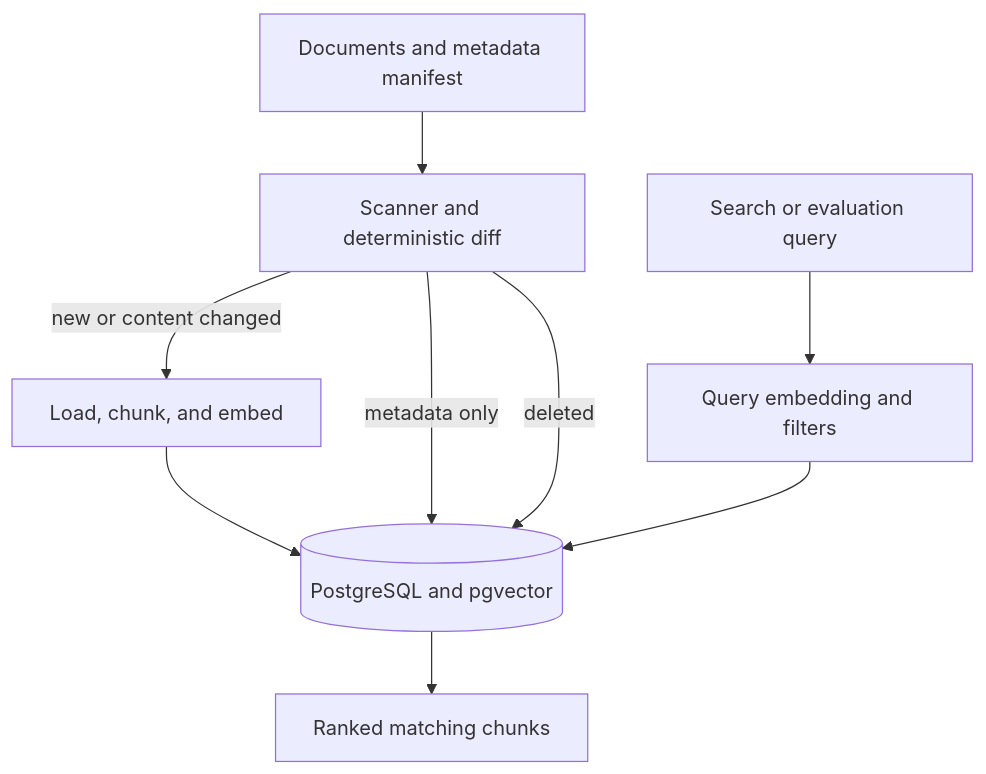
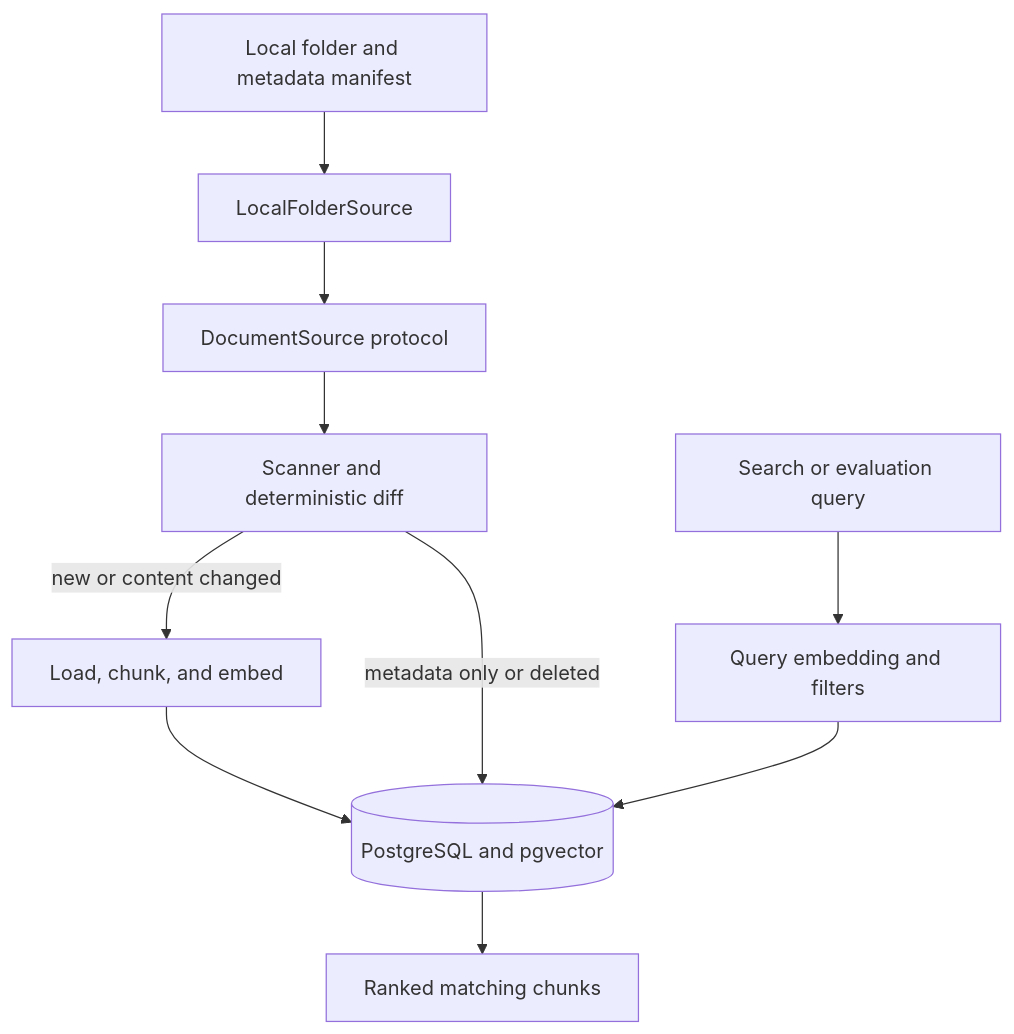
Before and after one commit to Manjunatha184/ragpipe: the diagram in README.md, drawn with Mermaid. The commit also changed other lines of this file and 8 other files, not shown here.

````diff
--- a/README.md
+++ b/README.md
@@ -37,11 +39,12 @@
 ```mermaid
 flowchart TD
-    A[Documents and metadata manifest] --> B[Scanner and deterministic diff]
+    L[Local folder and metadata manifest] --> S[LocalFolderSource]
+    S --> P[DocumentSource protocol]
+    P --> B[Scanner and deterministic diff]
     B -->|new or content changed| C[Load, chunk, and embed]
     C --> D[(PostgreSQL and pgvector)]
-    B -->|metadata only| D
-    B -->|deleted| D
+    B -->|metadata only or deleted| D
     Q[Search or evaluation query] --> E[Query embedding and filters]
     E --> D
     D --> R[Ranked matching chunks]
 ```
````
